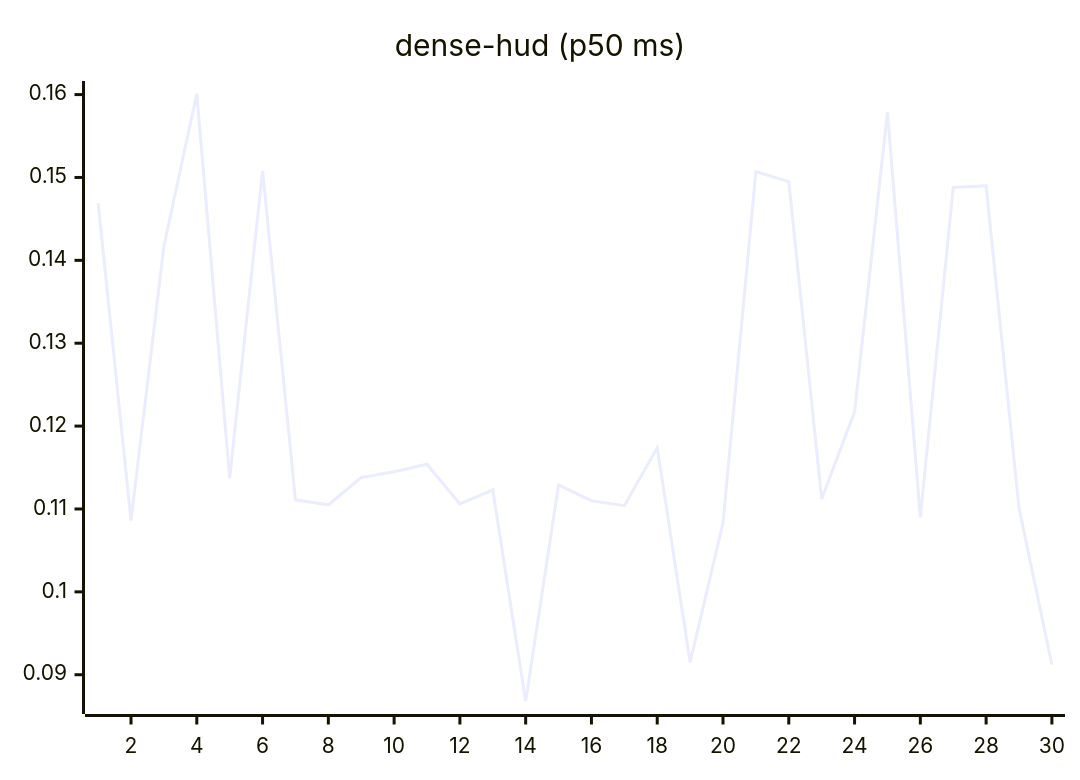
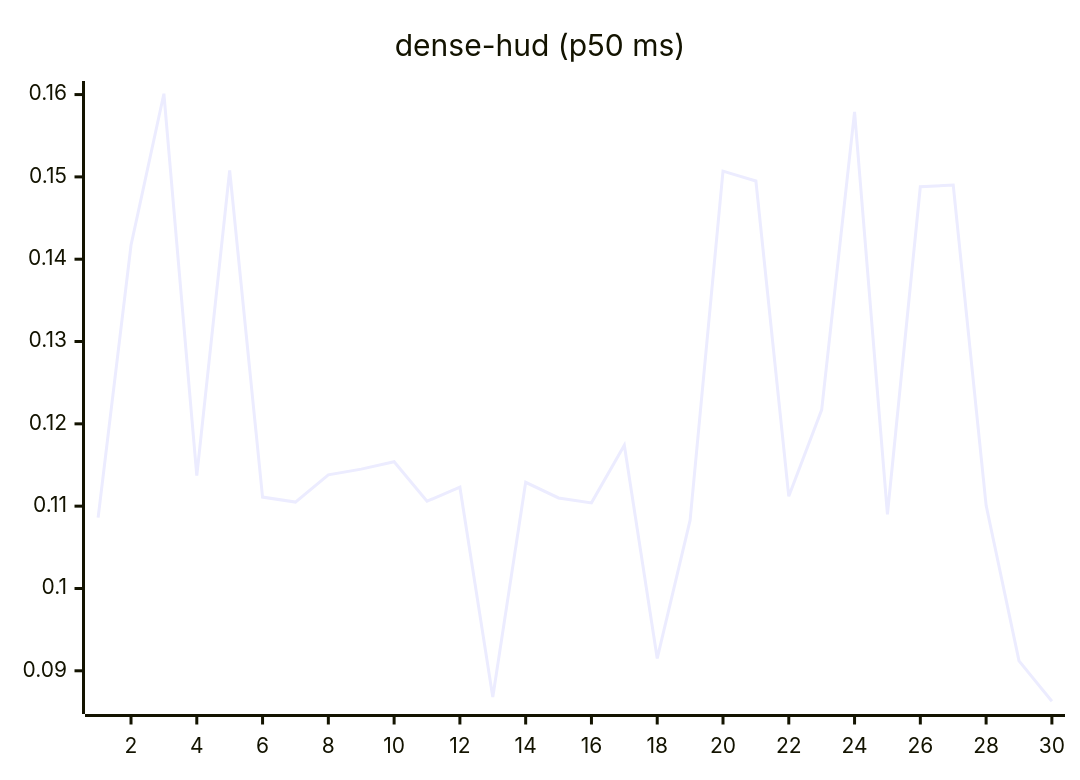
One commit to josha/Facet changed the eighth of 27 diagrams in README.md. Above: the diagram before and after it, drawn with Mermaid. The commit also changed other lines of this file and 2 other files, not shown here.

````diff
--- a/README.md
+++ b/README.md
@@ -112,6 +112,6 @@
 ```mermaid
 xychart-beta
     title "dense-hud (p50 ms)"
     x-axis 1 --> 30
-    line [0.1469, 0.1086, 0.1417, 0.1601, 0.1137, 0.1508, 0.1111, 0.1105, 0.1138, 0.1145, 0.1154, 0.1106, 0.1123, 0.0868, 0.1129, 0.1110, 0.1104, 0.1174, 0.0915, 0.1083, 0.1507, 0.1495, 0.1112, 0.1217, 0.1579, 0.1090, 0.1488, 0.1490, 0.1101, 0.0912]
+    line [0.1086, 0.1417, 0.1601, 0.1137, 0.1508, 0.1111, 0.1105, 0.1138, 0.1145, 0.1154, 0.1106, 0.1123, 0.0868, 0.1129, 0.1110, 0.1104, 0.1174, 0.0915, 0.1083, 0.1507, 0.1495, 0.1112, 0.1217, 0.1579, 0.1090, 0.1488, 0.1490, 0.1101, 0.0912, 0.0863]
 ```
````
